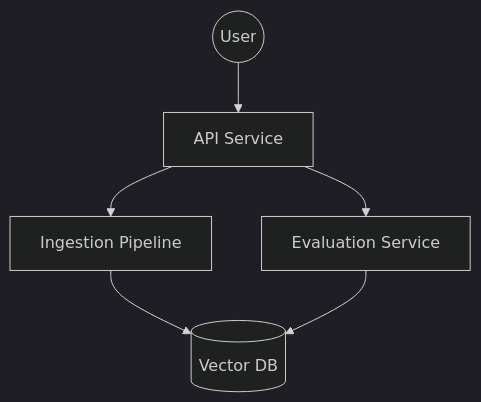
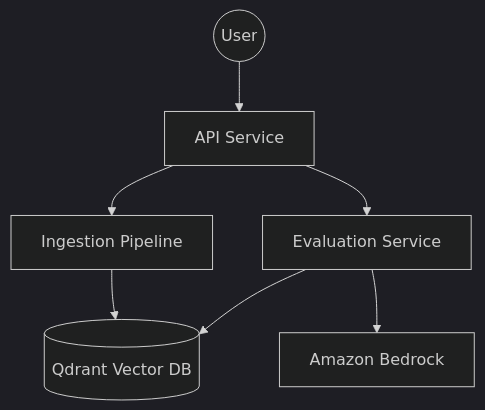
The first of 2 diagrams in openwiki/architecture/overview.md (abhindeves/langchain_docs_rag), drawn with Mermaid (dark theme) before and after one commit. The commit also changed other lines of this file and 23 other files, not shown here.

````diff
--- a/openwiki/architecture/overview.md
+++ b/openwiki/architecture/overview.md
@@ -25,12 +29,9 @@
 ```mermaid
 flowchart TB
-    API[API Service]
-    Ingestion[Ingestion Pipeline]
-    Eval[Evaluation Service]
-    
-    User((User)) --> API
-    API --> Ingestion
-    API --> Eval
-    Ingestion --> Qdrant[(Vector DB)]
+    User((User)) --> API[API Service]
+    API --> Ingestion[Ingestion Pipeline]
+    API --> Eval[Evaluation Service]
+    Ingestion --> Qdrant[(Qdrant Vector DB)]
     Eval --> Qdrant
+    Eval --> Bedrock[Amazon Bedrock]
 ```
````
